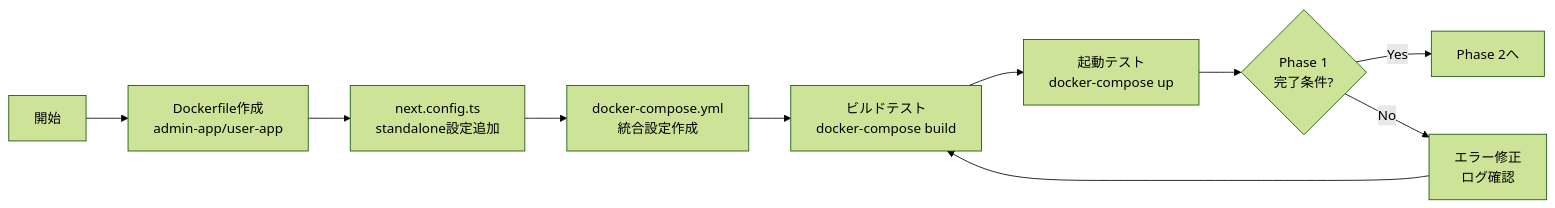
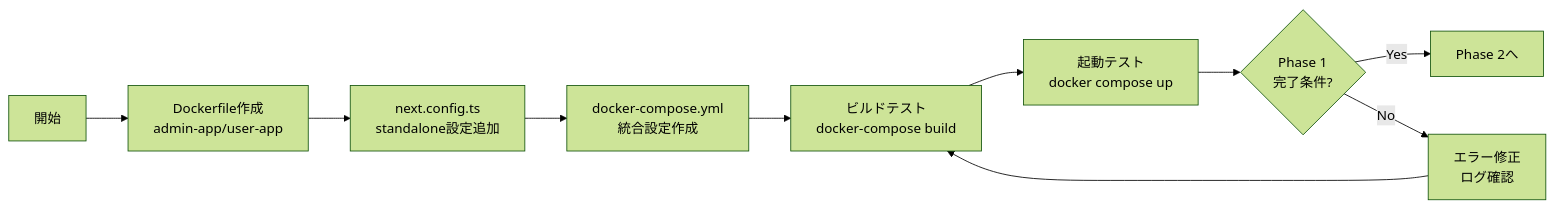
One commit to ef-tech/laravel-next-b2c changed the sixth of 8 diagrams in .kiro/specs/nextjs-app-dockerfile/design.md. Above: the diagram before and after it, drawn with Mermaid (forest theme). The commit also changed other lines of this file and 12 other files, not shown here.

First line of the commit message:
Docs: 📝 docker-compose → docker compose 表記統一（Docker Compose V2対応）

````diff
--- a/.kiro/specs/nextjs-app-dockerfile/design.md
+++ b/.kiro/specs/nextjs-app-dockerfile/design.md
@@ -1347,12 +1347,12 @@
 ```mermaid
 flowchart LR
     Start[開始] --> CreateDockerfiles[Dockerfile作成<br/>admin-app/user-app]
     CreateDockerfiles --> ConfigStandalone[next.config.ts<br/>standalone設定追加]
     ConfigStandalone --> CreateCompose[docker-compose.yml<br/>統合設定作成]
     CreateCompose --> TestBuild[ビルドテスト<br/>docker-compose build]
-    TestBuild --> TestRun[起動テスト<br/>docker-compose up]
+    TestBuild --> TestRun[起動テスト<br/>docker compose up]
     TestRun --> ValidationPhase1{Phase 1<br/>完了条件?}
     ValidationPhase1 -->|Yes| Phase2[Phase 2へ]
     ValidationPhase1 -->|No| Debug1[エラー修正<br/>ログ確認]
     Debug1 --> TestBuild
 ```
````
